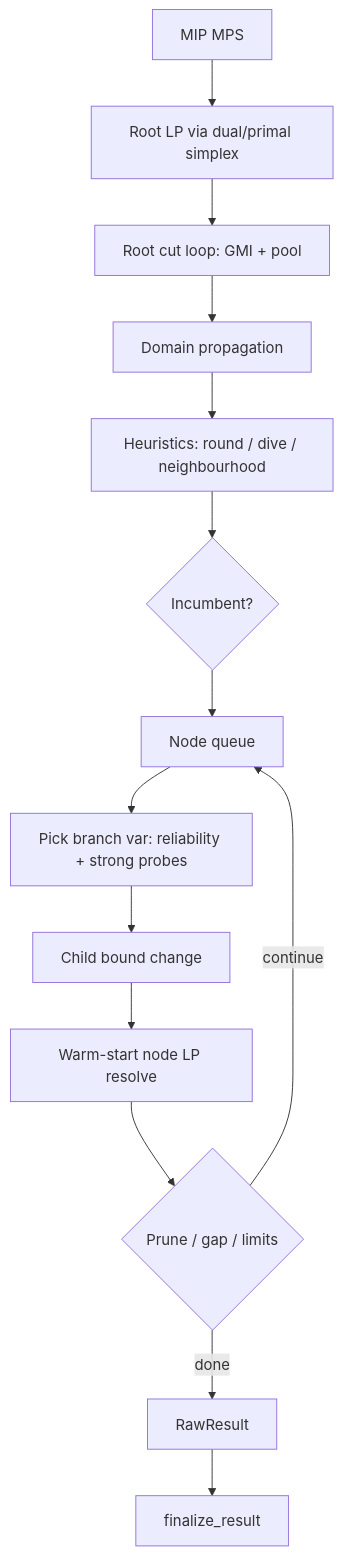
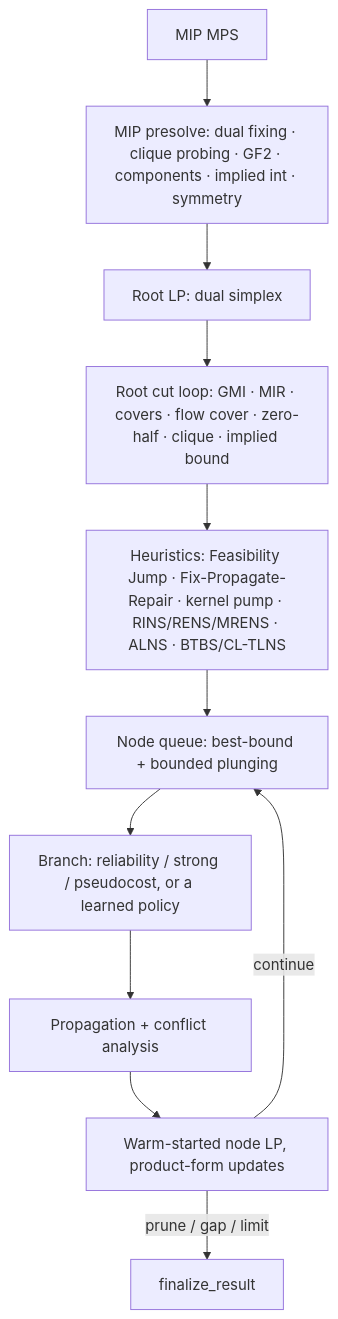
Before and after one commit to YashSuthar983/Forge: the fourth of 5 diagrams in docs/architecture.md, drawn with Mermaid. The commit also changed other lines of this file and 9 other files, not shown here.

Commit message:
chore: updated docs and architecture

````diff
--- a/docs/architecture.md
+++ b/docs/architecture.md
@@ -193,16 +181,13 @@
 ```mermaid
 flowchart TD
-  A[MIP MPS] --> B[Root LP via dual/primal simplex]
-  B --> C[Root cut loop: GMI + pool]
-  C --> D[Domain propagation]
-  D --> E[Heuristics: round / dive / neighbourhood]
-  E --> F{Incumbent?}
-  F --> G[Node queue]
-  G --> H[Pick branch var: reliability + strong probes]
-  H --> I[Child bound change]
-  I --> J[Warm-start node LP resolve]
-  J --> K{Prune / gap / limits}
-  K -->|continue| G
-  K -->|done| L[RawResult]
-  L --> M[finalize_result]
+  A[MIP MPS] --> B[MIP presolve: dual fixing · clique probing · GF2 · components · implied int · symmetry]
+  B --> C[Root LP: dual simplex]
+  C --> D[Root cut loop: GMI · MIR · covers · flow cover · zero-half · clique · implied bound]
+  D --> E[Heuristics: Feasibility Jump · Fix-Propagate-Repair · kernel pump · RINS/RENS/MRENS · ALNS · BTBS/CL-TLNS]
+  E --> F[Node queue: best-bound + bounded plunging]
+  F --> G[Branch: reliability / strong / pseudocost, or a learned policy]
+  G --> H[Propagation + conflict analysis]
+  H --> I[Warm-started node LP, product-form updates]
+  I -->|prune / gap / limit| J[finalize_result]
+  I -->|continue| F
 ```
````
